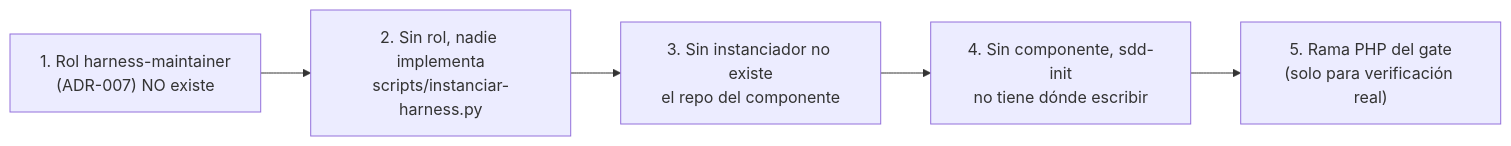
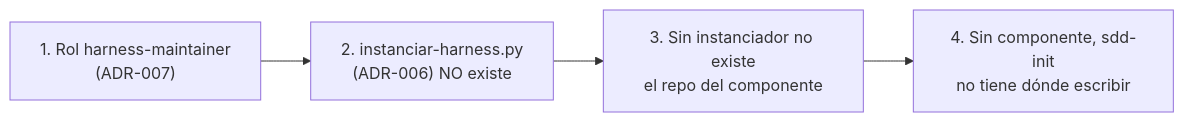
Before and after one commit to juanmorenomotta/ai-harness-architecture: the diagram in docs/pendientes.md, drawn with Mermaid. The commit also changed other lines of this file, not shown here.

````diff
--- a/docs/pendientes.md
+++ b/docs/pendientes.md
@@ -41,8 +43,7 @@
 ```mermaid
 flowchart LR
-  A["1. Rol harness-maintainer<br/>(ADR-007) NO existe"] --> B
-  B["2. Sin rol, nadie implementa<br/>scripts/instanciar-harness.py"] --> C
+  A["1. Rol harness-maintainer<br/>(ADR-007)"] --> B
+  B["2. instanciar-harness.py<br/>(ADR-006) NO existe"] --> C
   C["3. Sin instanciador no existe<br/>el repo del componente"] --> D
-  D["4. Sin componente, sdd-init<br/>no tiene dónde escribir"] --> E
-  E["5. Rama PHP del gate<br/>(solo para verificación real)"]
+  D["4. Sin componente, sdd-init<br/>no tiene dónde escribir"]
 ```
````
